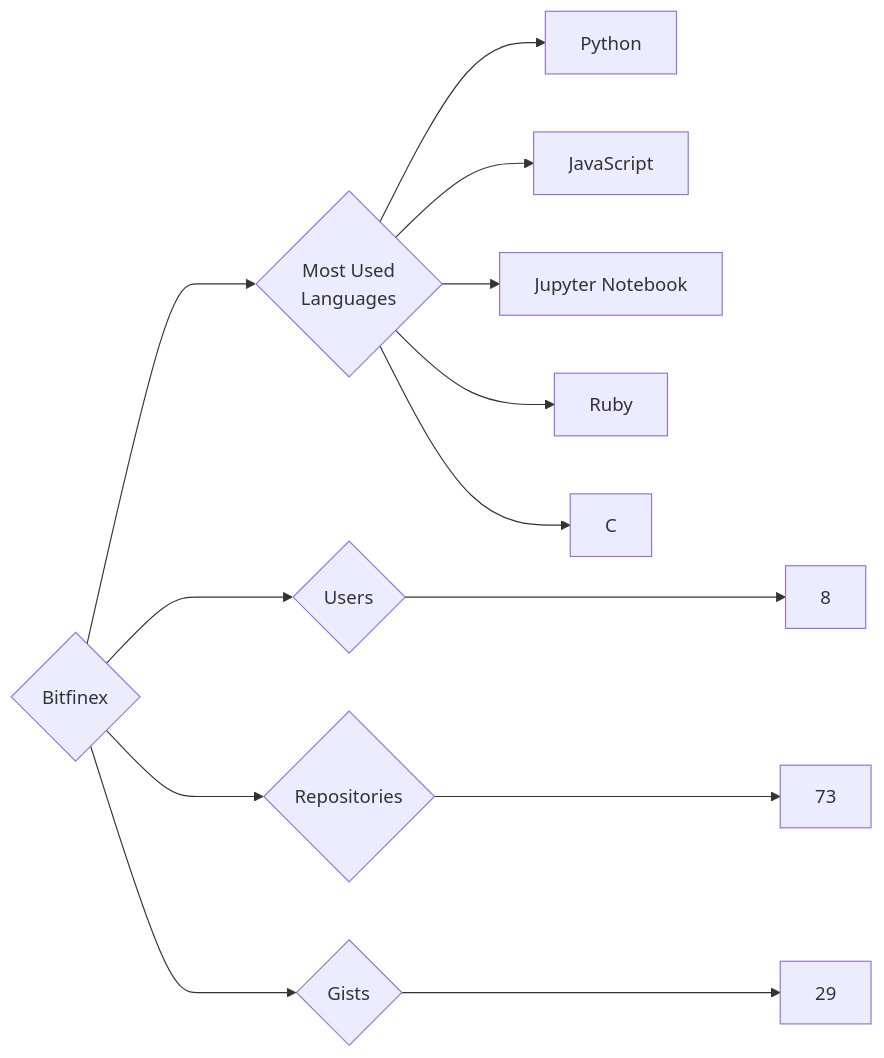
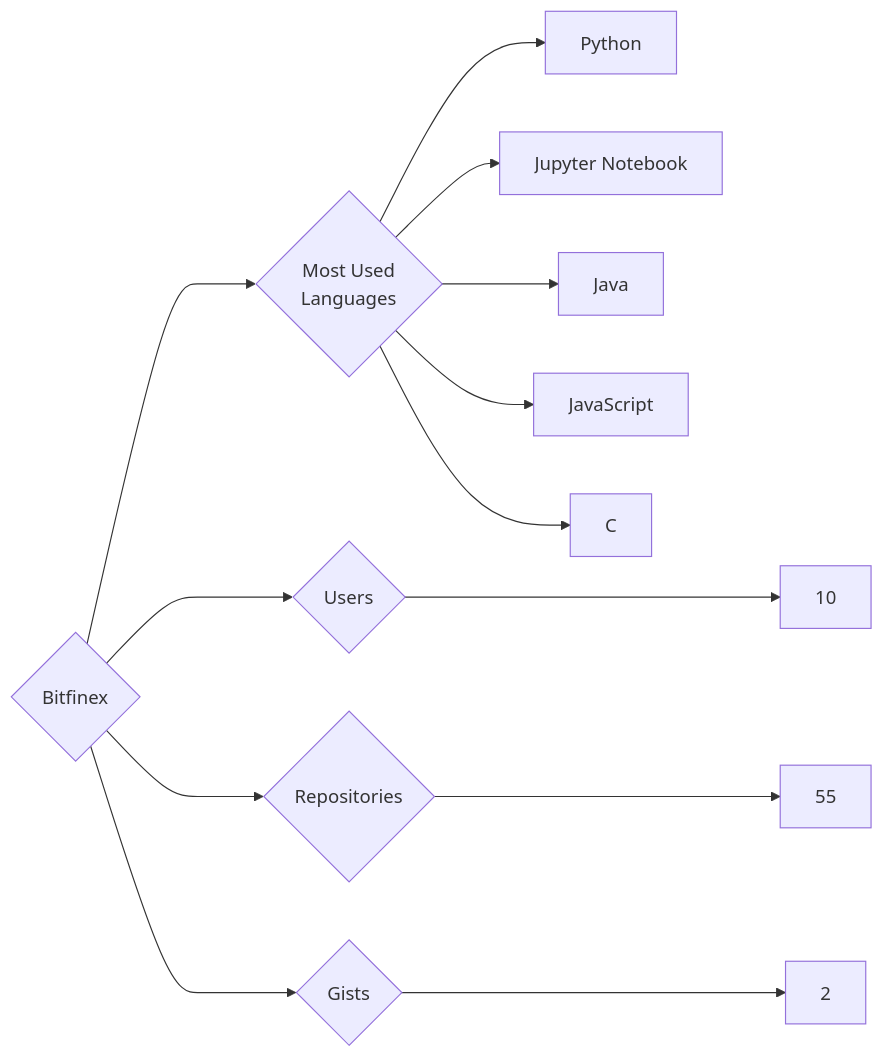
One commit to trickest/insiders changed the diagram in targets/Bitfinex/README.md. Above: the diagram before and after it, drawn with Mermaid. The commit also changed 1003 other files, not shown here.

````diff
--- a/targets/Bitfinex/README.md
+++ b/targets/Bitfinex/README.md
@@ -3,13 +3,13 @@
 ```mermaid
 graph LR
 COMPANY_NAME{Bitfinex}
-COMPANY_NAME ---> U{Users} ---> UN[8]
-COMPANY_NAME ---> R{Repositories} ---> RN[73]
-COMPANY_NAME ---> G{Gists} ---> GN[29]
+COMPANY_NAME ---> U{Users} ---> UN[10]
+COMPANY_NAME ---> R{Repositories} ---> RN[55]
+COMPANY_NAME ---> G{Gists} ---> GN[2]
 COMPANY_NAME ---> ML{Most Used<br>Languages}
 ML --> Python[Python]
+ML --> Jupyter_Notebook[Jupyter Notebook]
+ML --> Java[Java]
 ML --> JavaScript[JavaScript]
-ML --> Jupyter_Notebook[Jupyter Notebook]
-ML --> Ruby[Ruby]
 ML --> C[C]
 ```
````
